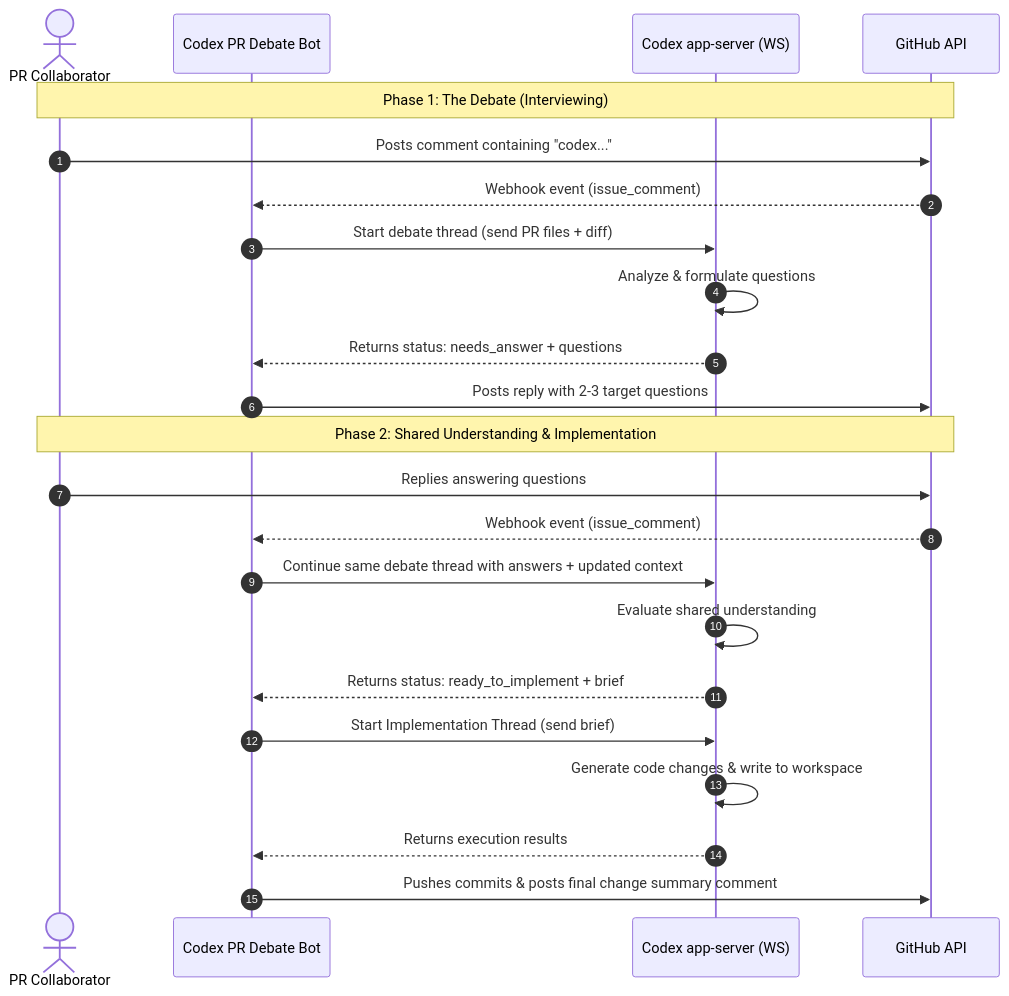
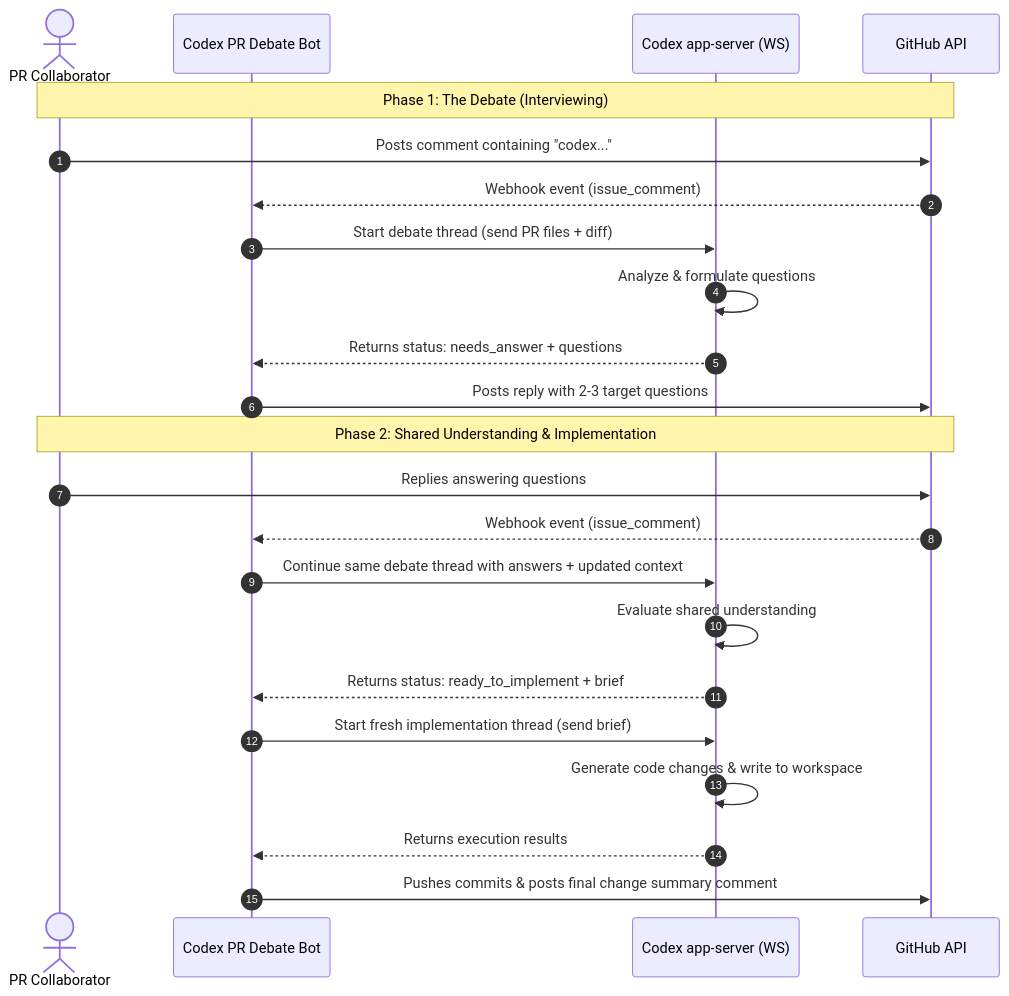
One commit to trfhgx/codex-pr-debate-bot changed the second of 2 diagrams in README.md. Above: the diagram before and after it, drawn with Mermaid. The commit also changed other lines of this file and 3 other files, not shown here.

````diff
--- a/README.md
+++ b/README.md
@@ -82,28 +82,28 @@
 ```mermaid
 sequenceDiagram
     autonumber
     actor User as PR Collaborator
     participant Bot as Codex PR Debate Bot
     participant Codex as Codex app-server (WS)
     participant GH as GitHub API
 
     Note over User, GH: Phase 1: The Debate (Interviewing)
     User->>GH: Posts comment containing "codex..."
     GH-->>Bot: Webhook event (issue_comment)
     Bot->>Codex: Start debate thread (send PR files + diff)
     Codex->>Codex: Analyze & formulate questions
     Codex-->>Bot: Returns status: needs_answer + questions
     Bot->>GH: Posts reply with 2-3 target questions
 
     Note over User, GH: Phase 2: Shared Understanding & Implementation
     User->>GH: Replies answering questions
     GH-->>Bot: Webhook event (issue_comment)
     Bot->>Codex: Continue same debate thread with answers + updated context
     Codex->>Codex: Evaluate shared understanding
     Codex-->>Bot: Returns status: ready_to_implement + brief
     
-    Bot->>Codex: Start Implementation Thread (send brief)
+    Bot->>Codex: Start fresh implementation thread (send brief)
     Codex->>Codex: Generate code changes & write to workspace
     Codex-->>Bot: Returns execution results
     Bot->>GH: Pushes commits & posts final change summary comment
 ```
````
